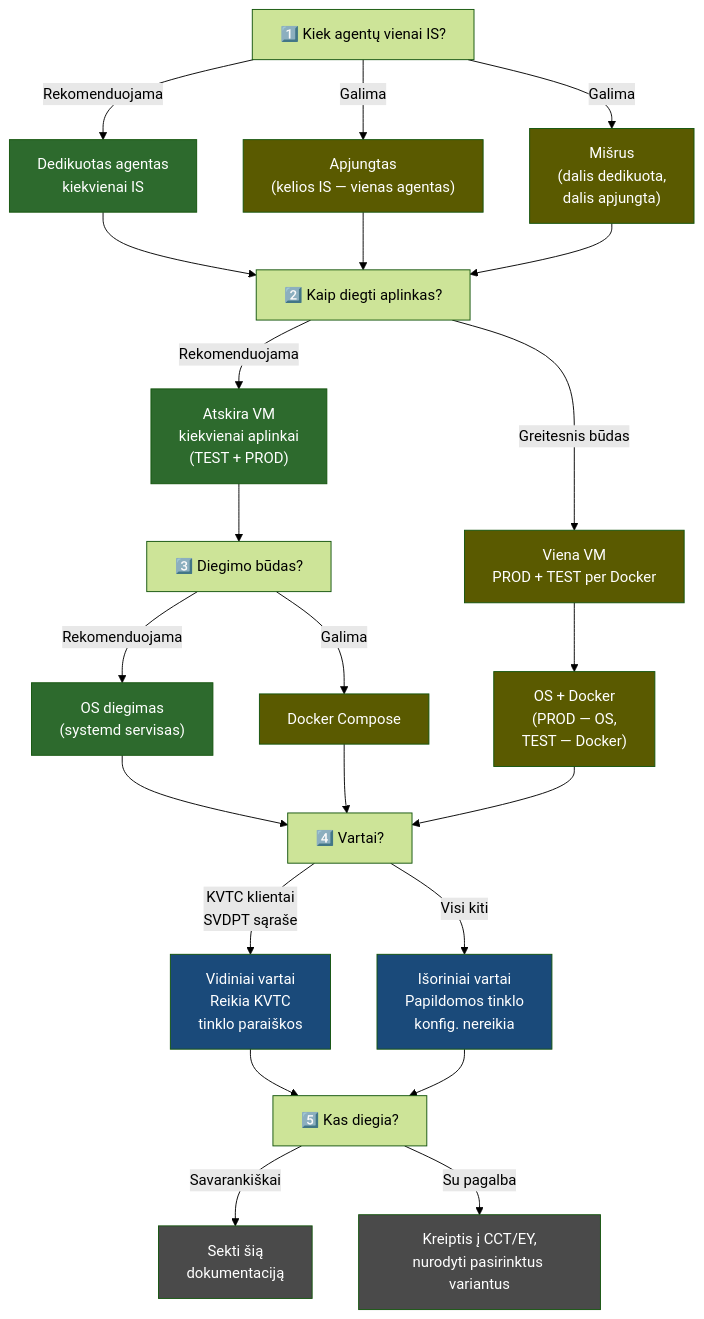
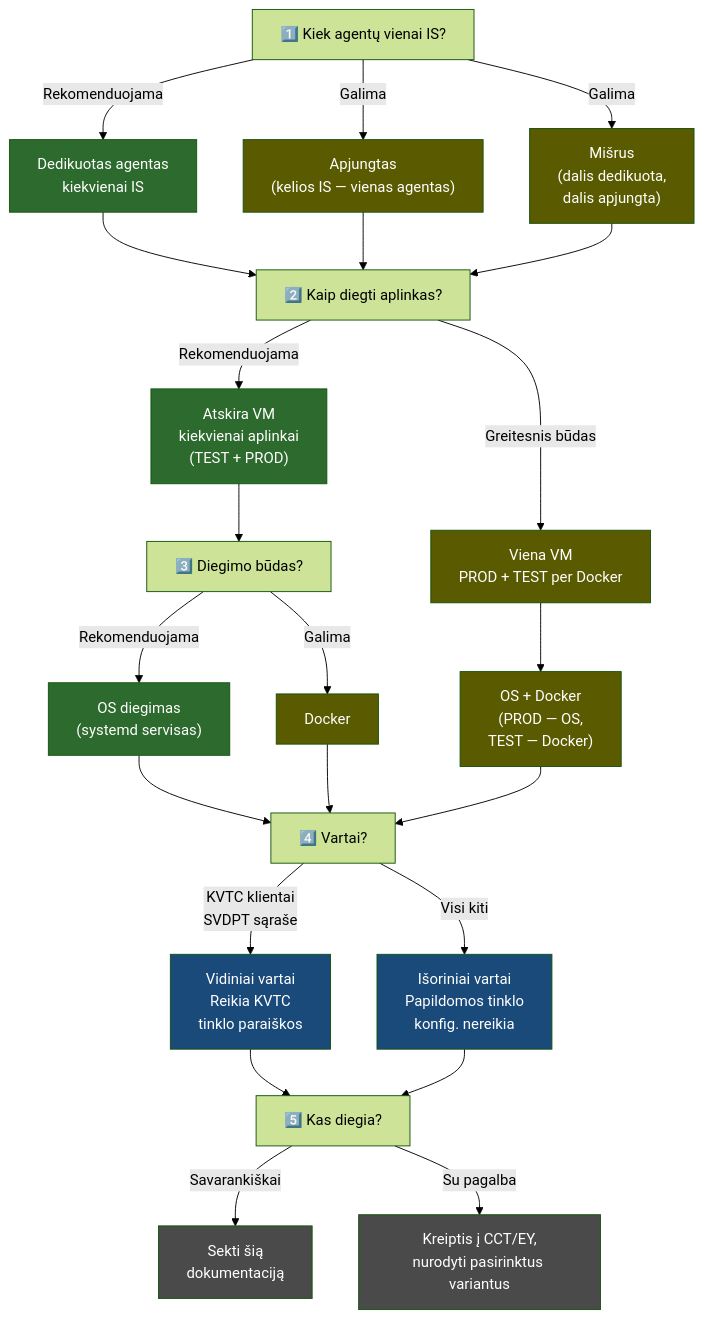
The diagram in docs/lt/agentas/sprendimai.md (atviriduomenys/spinta), drawn with Mermaid (forest theme) before and after one commit.

Commit message:
docs: pataisyta Mermaid diagrama - \n → <br/>, Docker Compose → Docker

````diff
--- a/docs/lt/agentas/sprendimai.md
+++ b/docs/lt/agentas/sprendimai.md
@@ -5,44 +5,44 @@
 ```{mermaid}
 flowchart TD
     Q1["1️⃣ Kiek agentų vienai IS?"]
-    Q1 -->|"Rekomenduojama"| A1["Dedikuotas agentas\nkiekvienai IS"]
-    Q1 -->|"Galima"| A2["Apjungtas\n(kelios IS — vienas agentas)"]
-    Q1 -->|"Galima"| A3["Mišrus\n(dalis dedikuota,\ndalis apjungta)"]
+    Q1 -->|"Rekomenduojama"| A1["Dedikuotas agentas<br/>kiekvienai IS"]
+    Q1 -->|"Galima"| A2["Apjungtas<br/>(kelios IS — vienas agentas)"]
+    Q1 -->|"Galima"| A3["Mišrus<br/>(dalis dedikuota,<br/>dalis apjungta)"]
 
     A1 & A2 & A3 --> Q2
 
     Q2["2️⃣ Kaip diegti aplinkas?"]
-    Q2 -->|"Rekomenduojama"| B1["Atskira VM\nkiekvienai aplinkai\n(TEST + PROD)"]
-    Q2 -->|"Greitesnis būdas"| B2["Viena VM\nPROD + TEST per Docker"]
+    Q2 -->|"Rekomenduojama"| B1["Atskira VM<br/>kiekvienai aplinkai<br/>(TEST + PROD)"]
+    Q2 -->|"Greitesnis būdas"| B2["Viena VM<br/>PROD + TEST per Docker"]
 
     B1 --> Q3A["3️⃣ Diegimo būdas?"]
-    Q3A -->|"Rekomenduojama"| C1["OS diegimas\n(systemd servisas)"]
-    Q3A -->|"Galima"| C2["Docker Compose"]
+    Q3A -->|"Rekomenduojama"| C1["OS diegimas<br/>(systemd servisas)"]
+    Q3A -->|"Galima"| C2["Docker"]
 
-    B2 --> C3["OS + Docker\n(PROD — OS,\nTEST — Docker)"]
+    B2 --> C3["OS + Docker<br/>(PROD — OS,<br/>TEST — Docker)"]
 
     C1 & C2 & C3 --> Q4
 
     Q4["4️⃣ Vartai?"]
-    Q4 -->|"KVTC klientai\nSVDPT sąraše"| D1["Vidiniai vartai\nReikia KVTC\ntinklo paraiškos"]
-    Q4 -->|"Visi kiti"| D2["Išoriniai vartai\nPapildomos tinklo\nkonfig. nereikia"]
+    Q4 -->|"KVTC klientai<br/>SVDPT sąraše"| D1["Vidiniai vartai<br/>Reikia KVTC<br/>tinklo paraiškos"]
+    Q4 -->|"Visi kiti"| D2["Išoriniai vartai<br/>Papildomos tinklo<br/>konfig. nereikia"]
 
     D1 & D2 --> Q5
 
     Q5["5️⃣ Kas diegia?"]
-    Q5 -->|"Savarankiškai"| E1["Sekti šią\ndokumentaciją"]
-    Q5 -->|"Su pagalba"| E2["Kreiptis į CCT/EY,\nnurodyti pasirinktus variantus"]
+    Q5 -->|"Savarankiškai"| E1["Sekti šią<br/>dokumentaciją"]
+    Q5 -->|"Su pagalba"| E2["Kreiptis į CCT/EY,<br/>nurodyti pasirinktus variantus"]
 
     style A1 fill:#2d6a2d,color:#fff
     style B1 fill:#2d6a2d,color:#fff
     style C1 fill:#2d6a2d,color:#fff
     style A2 fill:#5a5a00,color:#fff
     style A3 fill:#5a5a00,color:#fff
     style B2 fill:#5a5a00,color:#fff
     style C2 fill:#5a5a00,color:#fff
     style C3 fill:#5a5a00,color:#fff
     style D1 fill:#1a4a7a,color:#fff
     style D2 fill:#1a4a7a,color:#fff
     style E1 fill:#4a4a4a,color:#fff
     style E2 fill:#4a4a4a,color:#fff
 ```
````
